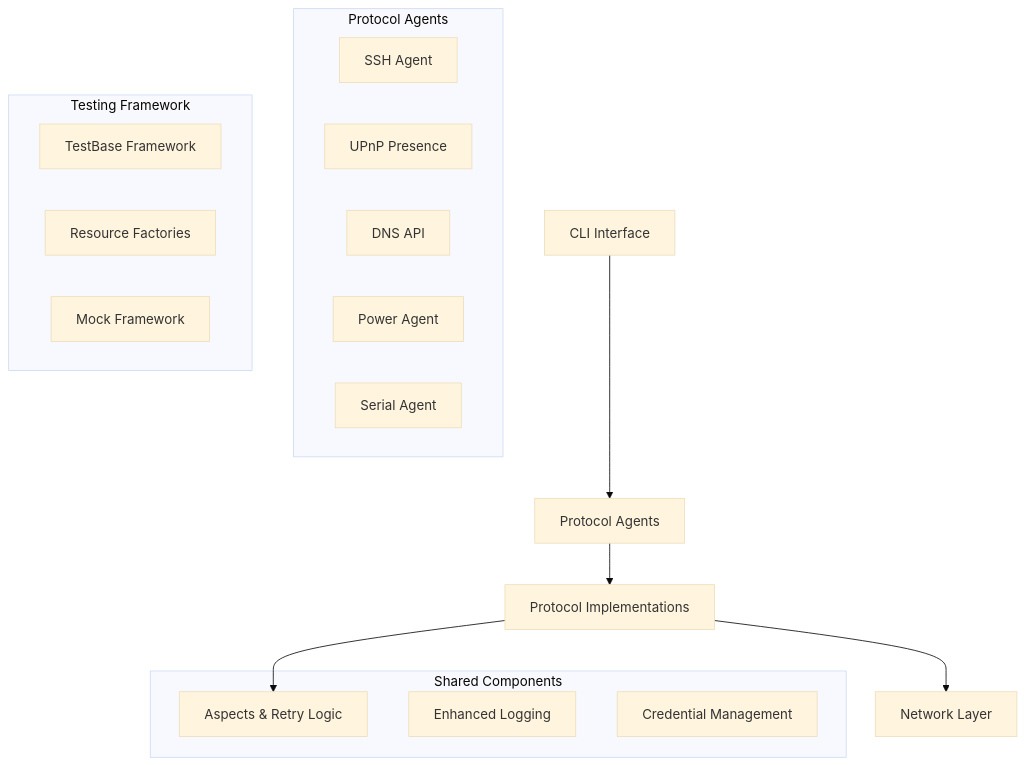
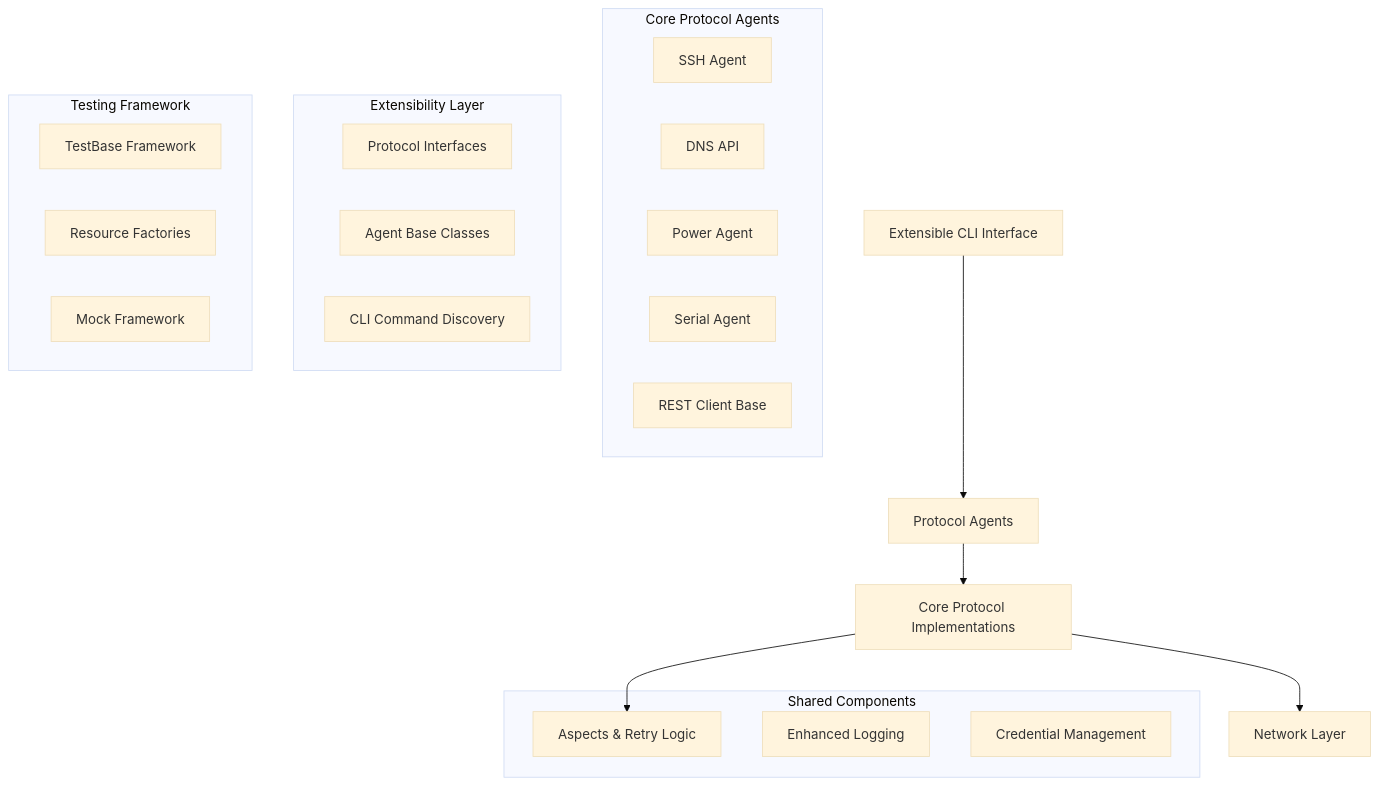
Before and after one commit to code-craft-ai-company/codecraftai-interop: the diagram in specs/core-interop/design.md, drawn with Mermaid (base theme). The commit also changed other lines of this file and 5 other files, not shown here.

````diff
--- a/specs/core-interop/design.md
+++ b/specs/core-interop/design.md
@@ -37,27 +40,33 @@
 ```mermaid
 graph TB
-    CLI[CLI Interface] --> Agents[Protocol Agents]
-    Agents --> Protocols[Protocol Implementations]
+    CLI[Extensible CLI Interface] --> Agents[Protocol Agents]
+    Agents --> Protocols[Core Protocol Implementations]
     Protocols --> Aspects[Aspects System]
     Protocols --> Network[Network Layer]
     
-    subgraph "Protocol Agents"
+    subgraph "Core Protocol Agents"
         SSH[SSH Agent]
-        UPnP[UPnP Presence]
         DNS[DNS API]
         Power[Power Agent]
         Serial[Serial Agent]
+        REST[REST Client Base]
+    end
+    
+    subgraph "Extensibility Layer"
+        Interfaces[Protocol Interfaces]
+        BaseClasses[Agent Base Classes]
+        CLIDiscovery[CLI Command Discovery]
     end
     
     subgraph "Shared Components"
         Aspects[Aspects & Retry Logic]
         Logging[Enhanced Logging]
         Credentials[Credential Management]
     end
     
     subgraph "Testing Framework"
         TestBase[TestBase Framework]
         Factories[Resource Factories]
         Mocking[Mock Framework]
     end
 ```
````
